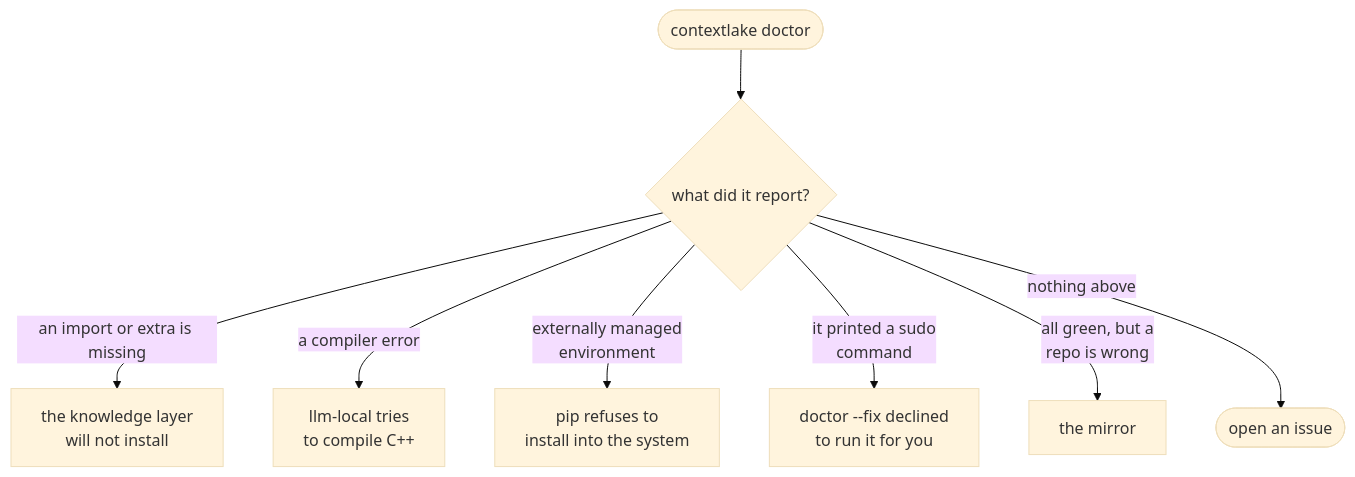
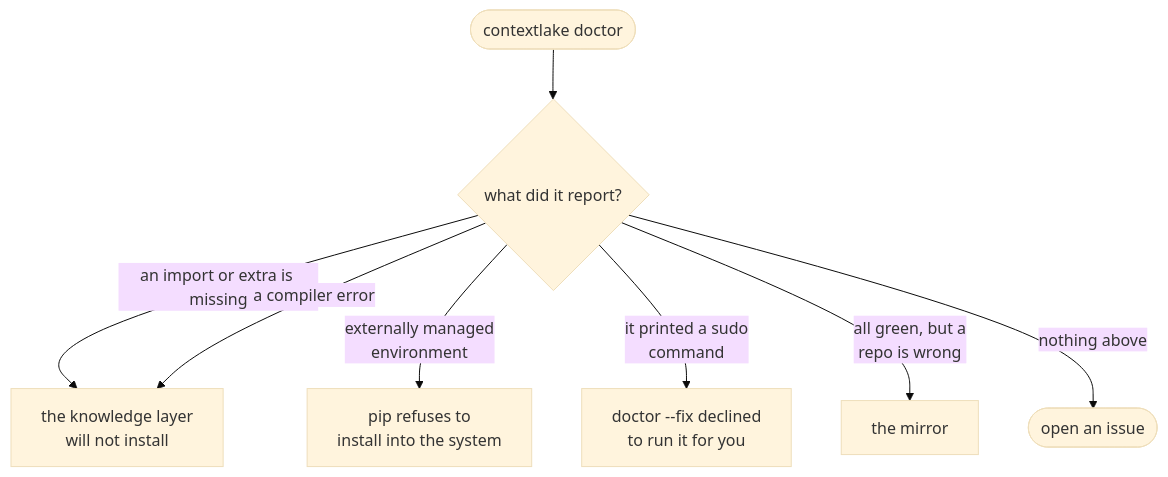
One commit to sayak-sarkar/contextlake changed the diagram in docs/troubleshooting.md. Above: the diagram before and after it, drawn with Mermaid (base theme). The commit also changed other lines of this file and 19 other files, not shown here.

````diff
--- a/docs/troubleshooting.md
+++ b/docs/troubleshooting.md
@@ -15,10 +15,10 @@
 ```mermaid
 flowchart TD
   D(["contextlake doctor"]) --> Q{"what did it report?"}
   Q -->|"an import or extra is missing"| I["the knowledge layer<br/>will not install"]
-  Q -->|"a compiler error"| C["llm-local tries<br/>to compile C++"]
+  Q -->|"a compiler error"| I
   Q -->|"externally managed<br/>environment"| E["pip refuses to<br/>install into the system"]
   Q -->|"it printed a sudo<br/>command"| S["doctor --fix declined<br/>to run it for you"]
   Q -->|"all green, but a<br/>repo is wrong"| M["the mirror"]
   Q -->|"nothing above"| O(["open an issue"])
 ```
````
